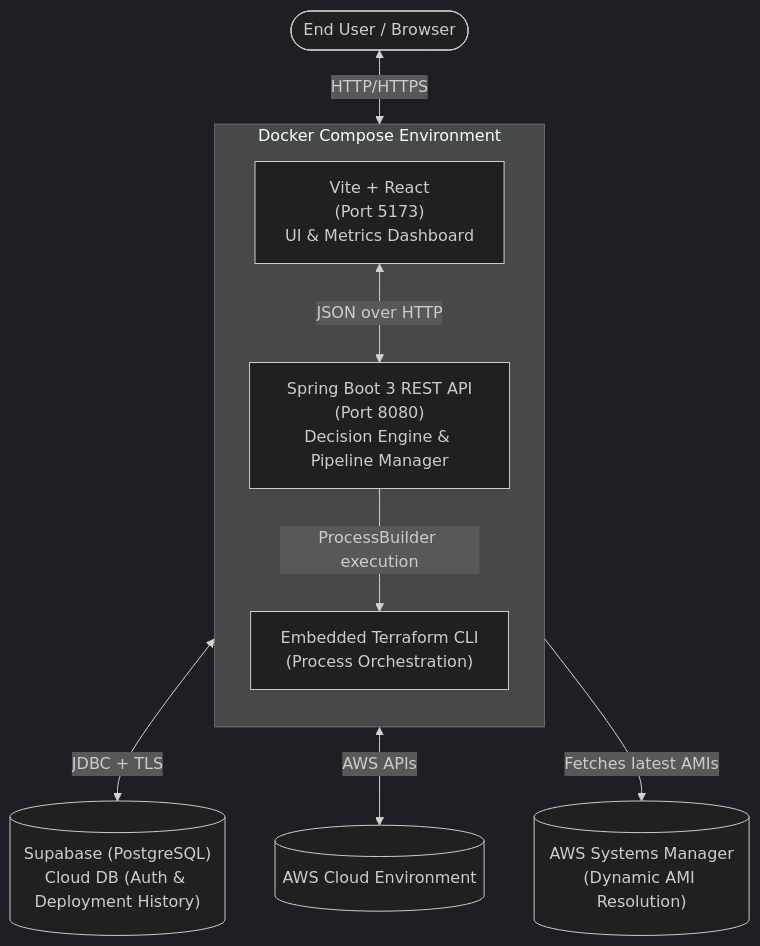
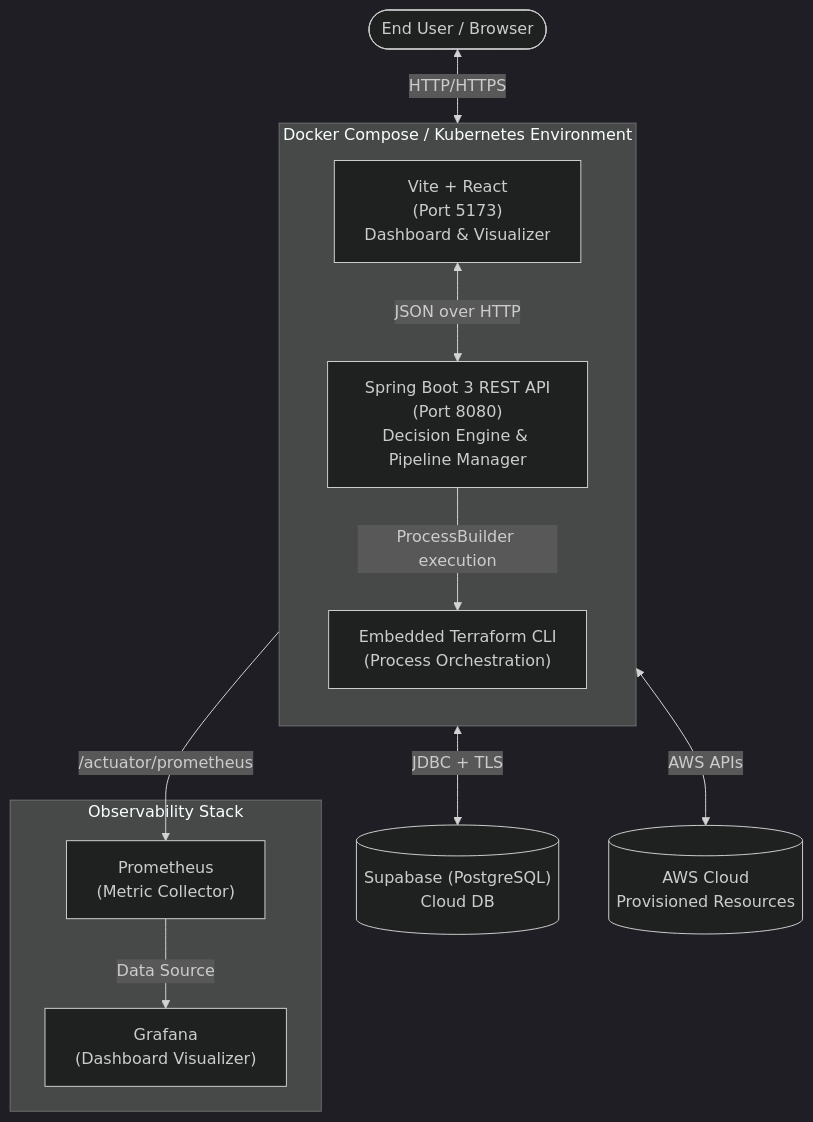
Before and after one commit to Aadi1903/CloudCostLens: the first of 5 diagrams in ARCHITECTURE.md, drawn with Mermaid (dark theme). The commit also changed other lines of this file and 6 other files, not shown here.

Commit message:
docs: rewrite README and ARCHITECTURE with full DevSecOps documentation, add Ansible automation

````diff
--- a/ARCHITECTURE.md
+++ b/ARCHITECTURE.md
@@ -11,23 +11,28 @@
 ```mermaid
 flowchart TD
     User(["End User / Browser"])
     
-    subgraph DockerHost [Docker Compose Environment]
+    subgraph DockerHost [Docker Compose / Kubernetes Environment]
         direction TB
-        Frontend["Vite + React\n(Port 5173)\nUI & Metrics Dashboard"]
+        Frontend["Vite + React\n(Port 5173)\nDashboard & Visualizer"]
         Backend["Spring Boot 3 REST API\n(Port 8080)\nDecision Engine & Pipeline Manager"]
         TerraformCli["Embedded Terraform CLI\n(Process Orchestration)"]
         
         Frontend <-->|JSON over HTTP| Backend
         Backend -->|ProcessBuilder execution| TerraformCli
     end
     
-    Supabase[("Supabase (PostgreSQL)\nCloud DB (Auth & Deployment History)")]
-    AWSCloud[("AWS Cloud Environment")]
-    SSMParameter[("AWS Systems Manager\n(Dynamic AMI Resolution)")]
+    subgraph Monitoring [Observability Stack]
+        Prometheus["Prometheus\n(Metric Collector)"]
+        Grafana["Grafana\n(Dashboard Visualizer)"]
+        Prometheus -->|Data Source| Grafana
+    end
+
+    Supabase[("Supabase (PostgreSQL)\nCloud DB")]
+    AWSCloud[("AWS Cloud\nProvisioned Resources")]
 
     User <-->|HTTP/HTTPS| Frontend
     Backend <-->|JDBC + TLS| Supabase
     TerraformCli <-->|AWS APIs| AWSCloud
-    TerraformCli -->|Fetches latest AMIs| SSMParameter
+    Backend -->|/actuator/prometheus| Prometheus
 ```
````
